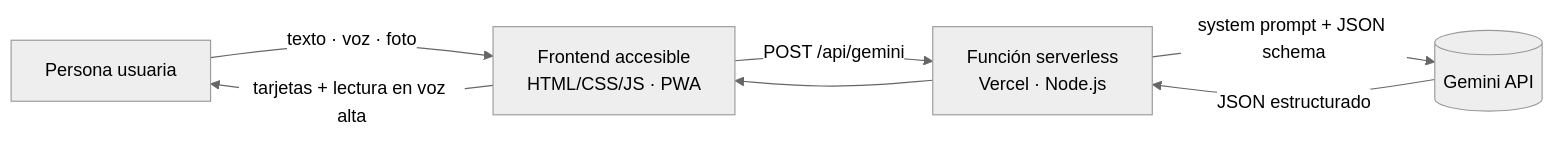
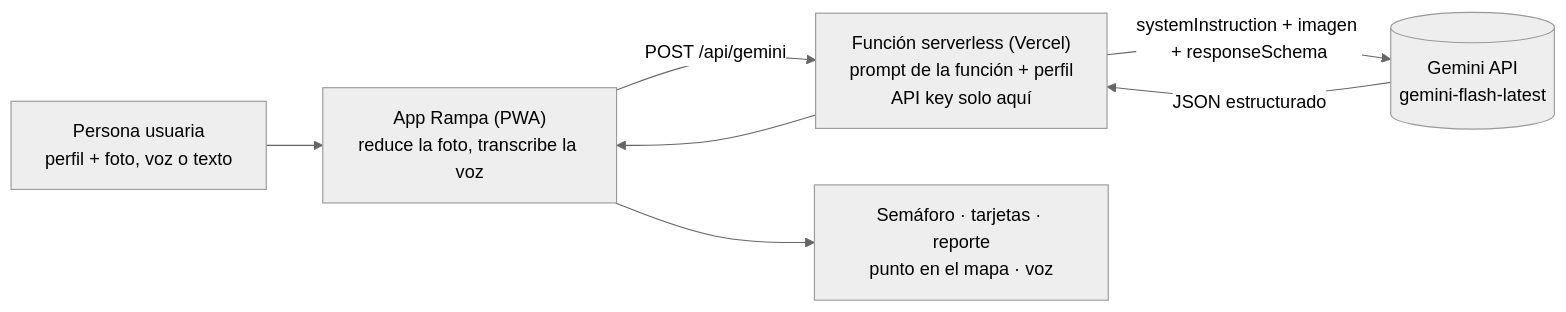
Before and after one commit to spideremy77/hackathon-uvm-2026: the diagram in README.md, drawn with Mermaid (neutral theme). The commit also changed other lines of this file and 3 other files, not shown here.

````diff
--- a/README.md
+++ b/README.md
@@ -40,8 +51,8 @@
 ```mermaid
 flowchart LR
-  U[Persona usuaria] -->|texto · voz · foto| F[Frontend accesible<br/>HTML/CSS/JS · PWA]
-  F -->|POST /api/gemini| S[Función serverless<br/>Vercel · Node.js]
-  S -->|system prompt + JSON schema| G[(Gemini API)]
-  G -->|JSON estructurado| S --> F
-  F -->|tarjetas + lectura en voz alta| U
+  U["Persona usuaria<br/>perfil + foto, voz o texto"] --> A["App Rampa (PWA)<br/>reduce la foto, transcribe la voz"]
+  A -->|"POST /api/gemini"| S["Función serverless (Vercel)<br/>prompt de la función + perfil<br/>API key solo aquí"]
+  S -->|"systemInstruction + imagen + responseSchema"| G[("Gemini API<br/>gemini-flash-latest")]
+  G -->|"JSON estructurado"| S --> A
+  A --> R["Semáforo · tarjetas · reporte<br/>punto en el mapa · voz"]
 ```
````
